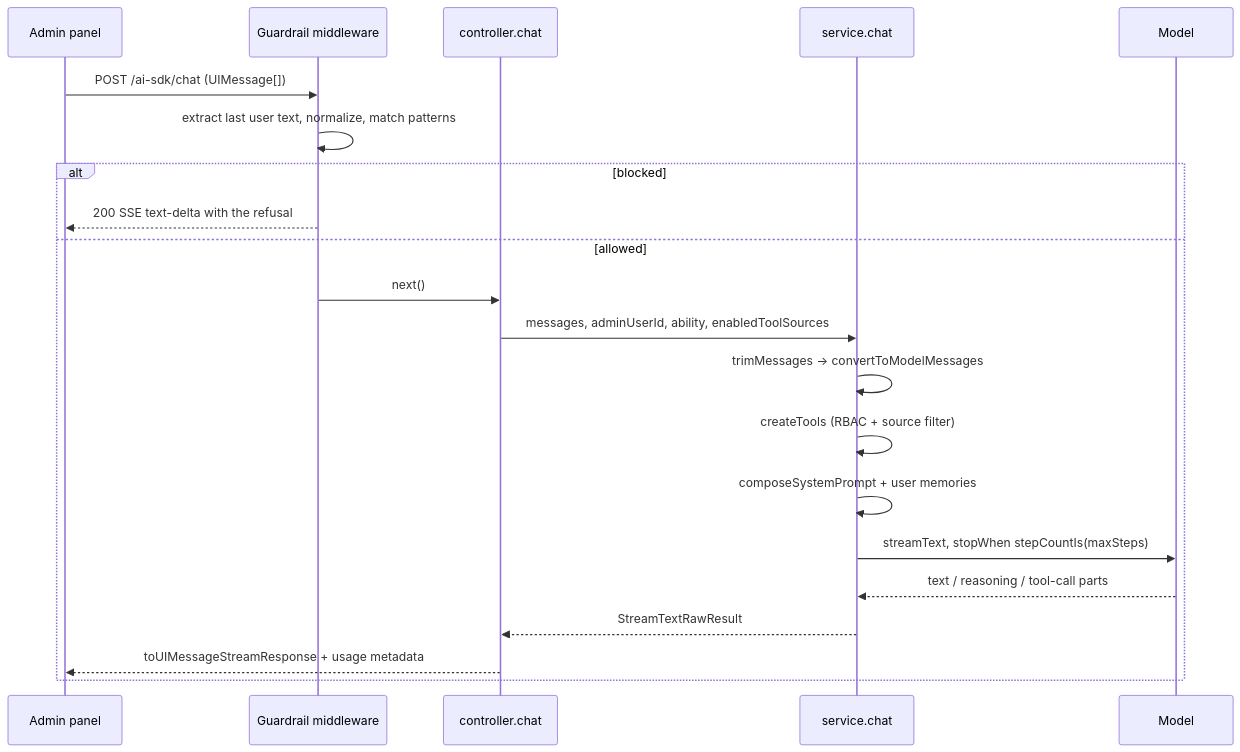
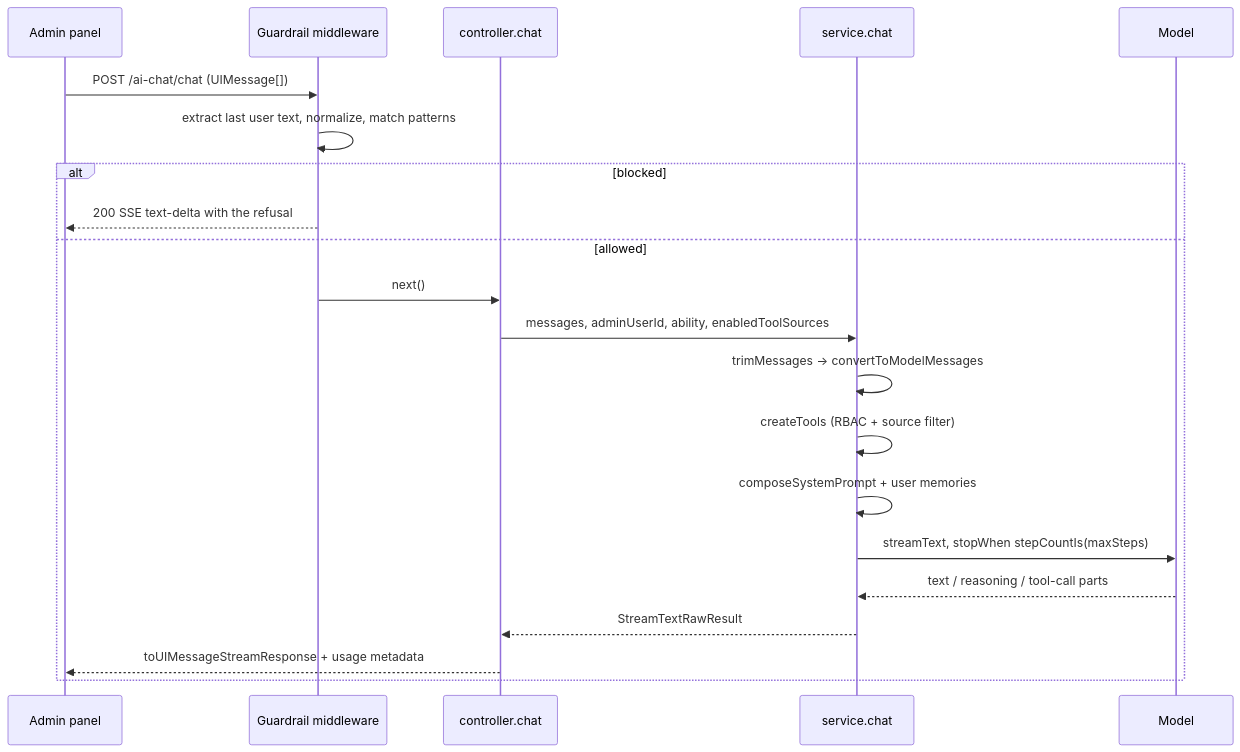
One commit to PaulBratslavsky/strapi-plugin-ai-chat changed the third of 3 diagrams in docs/architecture.md. Above: the diagram before and after it, drawn with Mermaid. The commit also changed other lines of this file and 49 other files, not shown here.

First line of the commit message:
Rename the plugin id from ai-sdk to ai-chat, with a migration (3.0.0) (#20)

````diff
--- a/docs/architecture.md
+++ b/docs/architecture.md
@@ -374,24 +374,24 @@
 ```mermaid
 sequenceDiagram
   participant P as Admin panel
   participant G as Guardrail middleware
   participant C as controller.chat
   participant S as service.chat
   participant M as Model
 
-  P->>G: POST /ai-sdk/chat (UIMessage[])
+  P->>G: POST /ai-chat/chat (UIMessage[])
   G->>G: extract last user text, normalize, match patterns
   alt blocked
     G-->>P: 200 SSE text-delta with the refusal
   else allowed
     G->>C: next()
     C->>S: messages, adminUserId, ability, enabledToolSources
     S->>S: trimMessages -> convertToModelMessages
     S->>S: createTools (RBAC + source filter)
     S->>S: composeSystemPrompt + user memories
     S->>M: streamText, stopWhen stepCountIs(maxSteps)
     M-->>S: text / reasoning / tool-call parts
     S-->>C: StreamTextRawResult
     C-->>P: toUIMessageStreamResponse + usage metadata
   end
 ```
````
